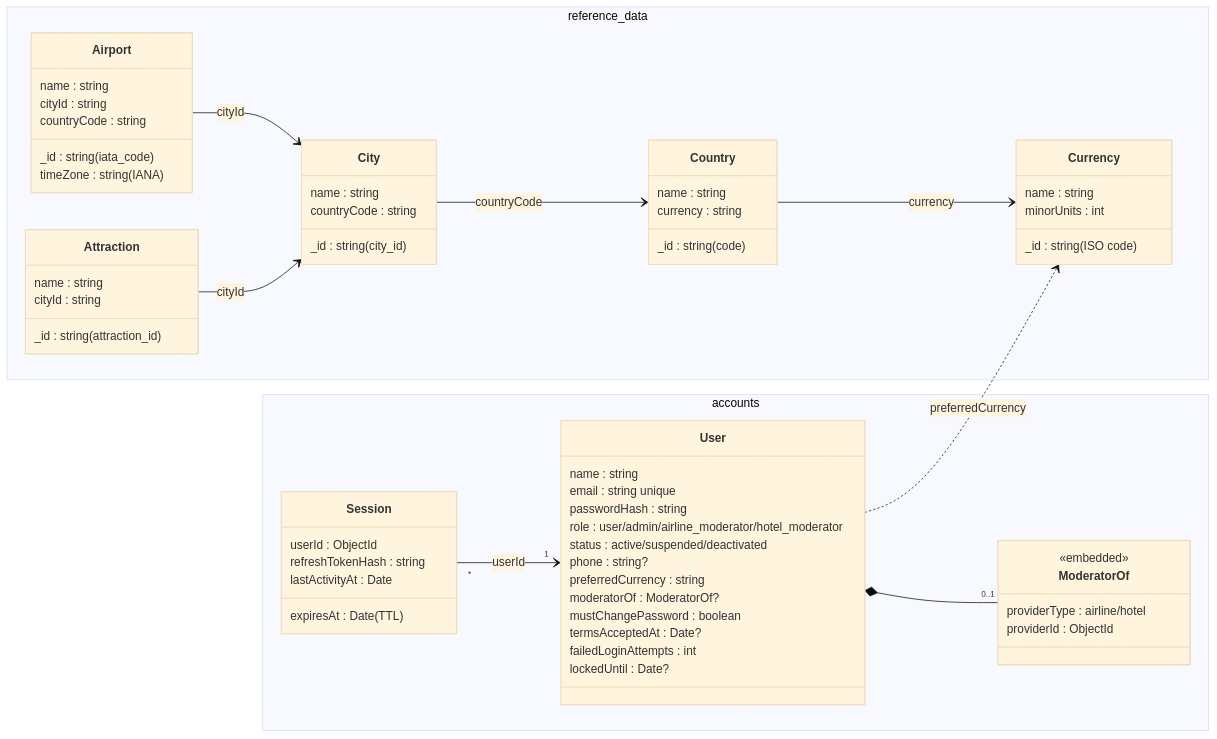
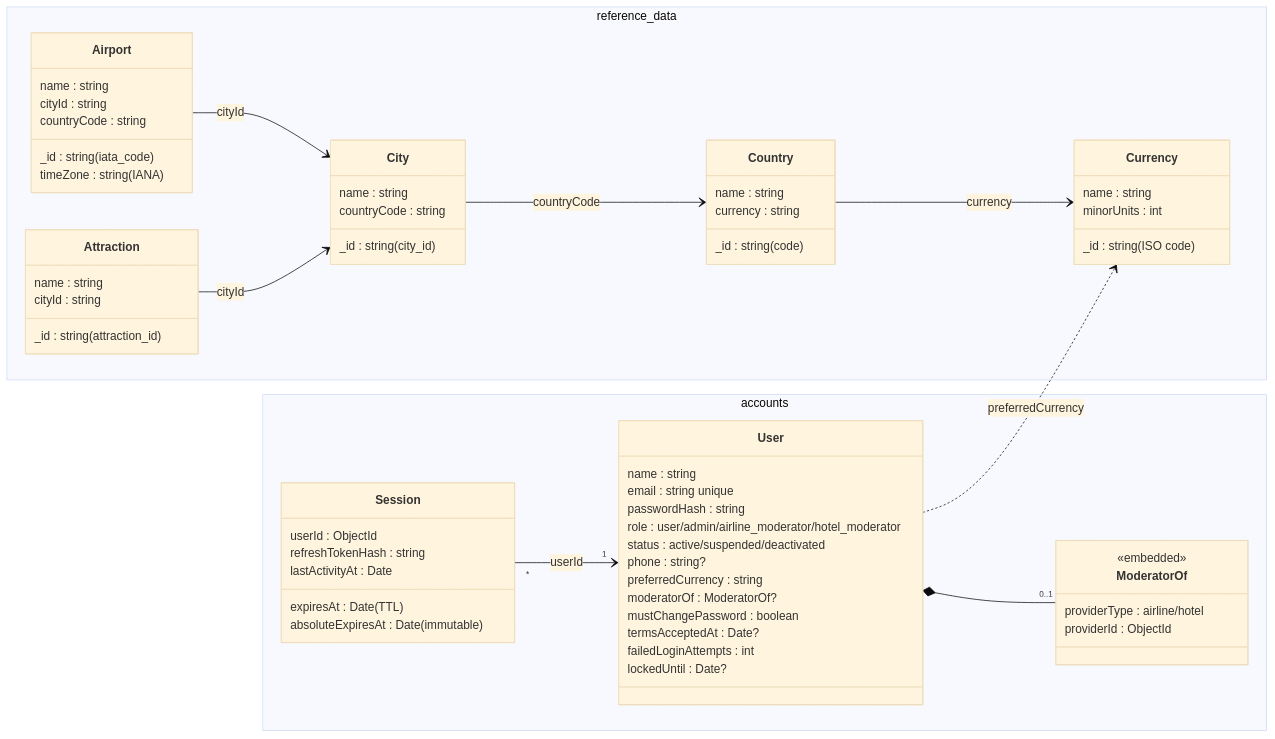
The second of 7 diagrams in docs/database/class-diagrams.md (Host173/Man2o4ah), drawn with Mermaid (base theme) before and after one commit. The commit also changed 17 other files, not shown here.

````diff
--- a/docs/database/class-diagrams.md
+++ b/docs/database/class-diagrams.md
@@ -102,67 +102,68 @@
 ```mermaid
 classDiagram
   direction LR
   namespace reference_data {
     class Country {
       _id : string (code)
       name : string
       currency : string
     }
     class City {
       _id : string (city_id)
       name : string
       countryCode : string
     }
     class Airport {
       _id : string (iata_code)
       name : string
       cityId : string
       countryCode : string
       timeZone : string (IANA)
     }
     class Attraction {
       _id : string (attraction_id)
       name : string
       cityId : string
     }
     class Currency {
       _id : string (ISO code)
       name : string
       minorUnits : int
     }
   }
   namespace accounts {
     class User {
       name : string
       email : string unique
       passwordHash : string
       role : user/admin/airline_moderator/hotel_moderator
       status : active/suspended/deactivated
       phone : string?
       preferredCurrency : string
       moderatorOf : ModeratorOf?
       mustChangePassword : boolean
       termsAcceptedAt : Date?
       failedLoginAttempts : int
       lockedUntil : Date?
     }
     class ModeratorOf {
       <<embedded>>
       providerType : airline/hotel
       providerId : ObjectId
     }
     class Session {
       userId : ObjectId
       refreshTokenHash : string
       lastActivityAt : Date
       expiresAt : Date (TTL)
+      absoluteExpiresAt : Date (immutable)
     }
   }
   City --> Country : countryCode
   Airport --> City : cityId
   Attraction --> City : cityId
   Country --> Currency : currency
   User *-- "0..1" ModeratorOf
   User ..> Currency : preferredCurrency
   Session "*" --> "1" User : userId
 ```
````
